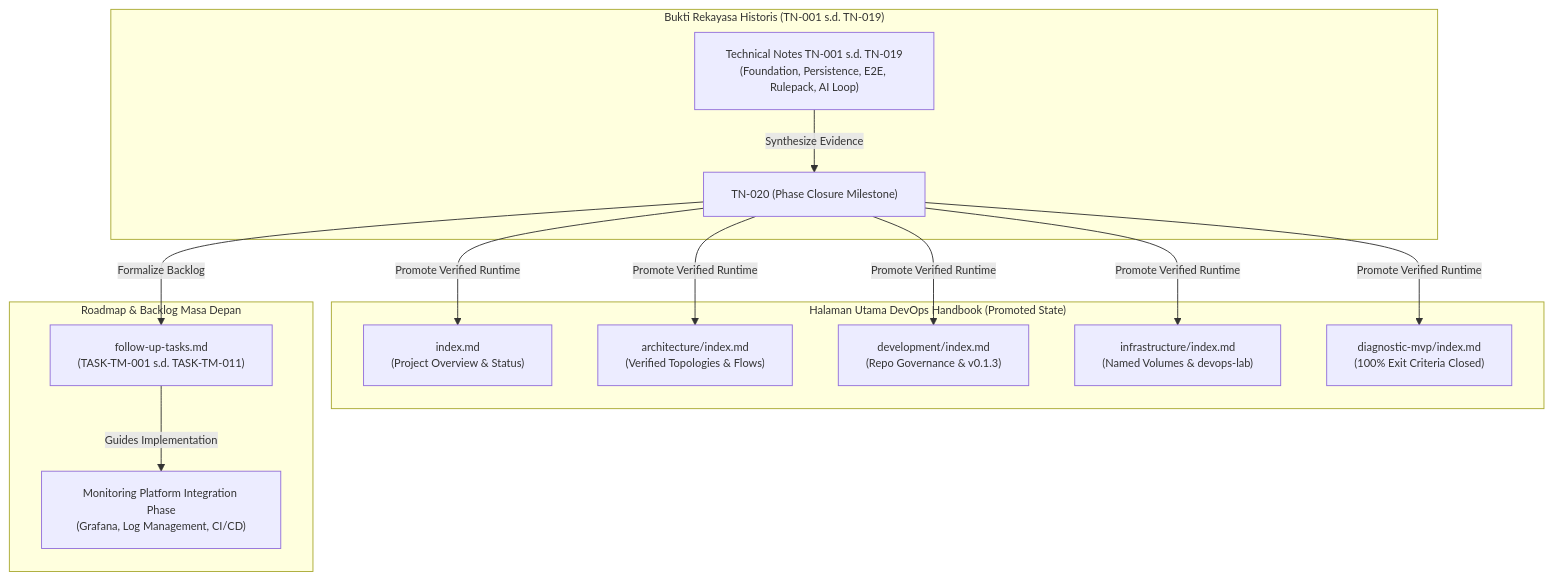
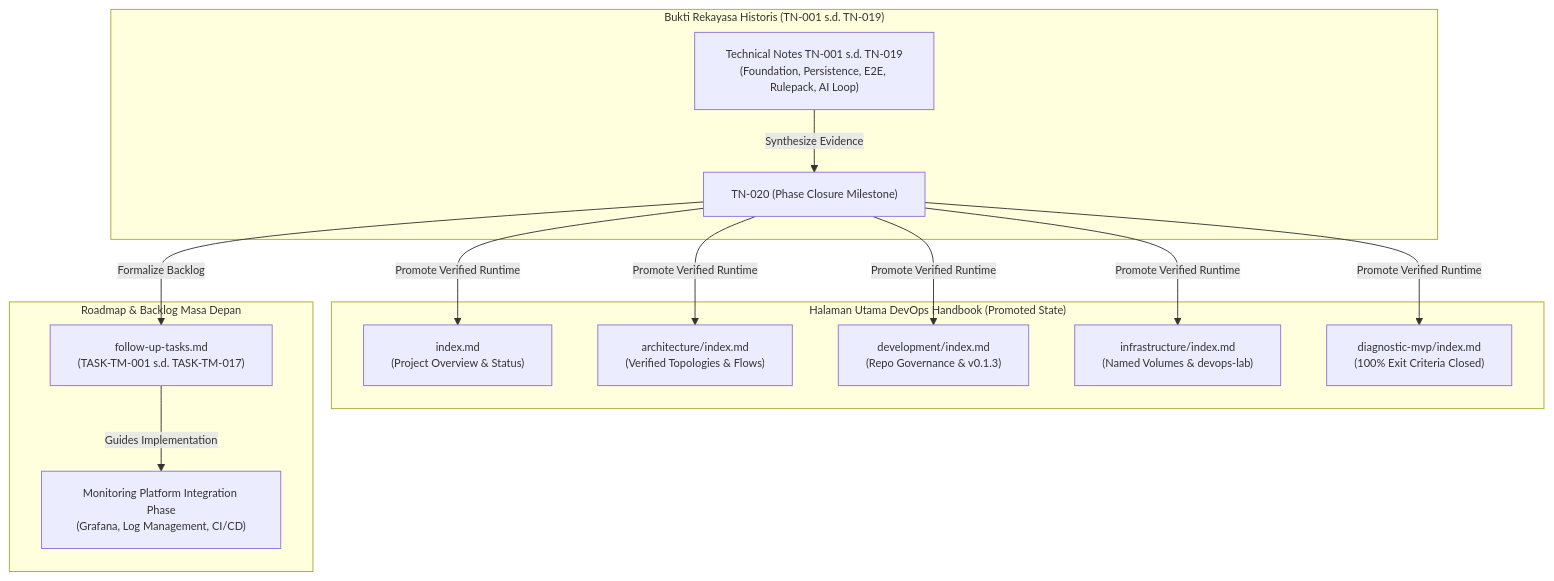
One commit to edkas07-oss/devops-handbook changed the third of 3 diagrams in docs/projects/tomcat-monitoring/engineering-journal/diagnostic-mvp-pilot/TN-020-consolidate-diagnostic-mvp-portfolio-and-plan-next-phase.md. Above: the diagram before and after it, drawn with Mermaid. The commit also changed other lines of this file and 9 other files, not shown here.

````diff
--- a/docs/projects/tomcat-monitoring/engineering-journal/diagnostic-mvp-pilot/TN-020-consolidate-diagnostic-mvp-portfolio-and-plan-next-phase.md
+++ b/docs/projects/tomcat-monitoring/engineering-journal/diagnostic-mvp-pilot/TN-020-consolidate-diagnostic-mvp-portfolio-and-plan-next-phase.md
@@ -338,31 +338,31 @@
 ```mermaid
 %%{init: {'themeVariables': { 'fontSize': '12px' }}}%%
 flowchart TD
     subgraph JOURNAL_EVIDENCE["Bukti Rekayasa Historis (TN-001 s.d. TN-019)"]
         TN_HIST["Technical Notes TN-001 s.d. TN-019<br/>(Foundation, Persistence, E2E, Rulepack, AI Loop)"]
         TN020["TN-020 (Phase Closure Milestone)"]
         TN_HIST -->|"Synthesize Evidence"| TN020
     end
 
     subgraph CORE_HANDBOOK["Halaman Utama DevOps Handbook (Promoted State)"]
         OVERVIEW["index.md<br/>(Project Overview & Status)"]
         ARCH["architecture/index.md<br/>(Verified Topologies & Flows)"]
         DEV["development/index.md<br/>(Repo Governance & v0.1.3)"]
         INFRA["infrastructure/index.md<br/>(Named Volumes & devops-lab)"]
         MVP_SPEC["diagnostic-mvp/index.md<br/>(100% Exit Criteria Closed)"]
         
         TN020 -->|"Promote Verified Runtime"| OVERVIEW
         TN020 -->|"Promote Verified Runtime"| ARCH
         TN020 -->|"Promote Verified Runtime"| DEV
         TN020 -->|"Promote Verified Runtime"| INFRA
         TN020 -->|"Promote Verified Runtime"| MVP_SPEC
     end
 
     subgraph FUTURE_ROADMAP["Roadmap & Backlog Masa Depan"]
-        BACKLOG["follow-up-tasks.md<br/>(TASK-TM-001 s.d. TASK-TM-011)"]
+        BACKLOG["follow-up-tasks.md<br/>(TASK-TM-001 s.d. TASK-TM-017)"]
         PHASE_NEXT["Monitoring Platform Integration Phase<br/>(Grafana, Log Management, CI/CD)"]
         
         TN020 -->|"Formalize Backlog"| BACKLOG
         BACKLOG -->|"Guides Implementation"| PHASE_NEXT
     end
 ```
````
